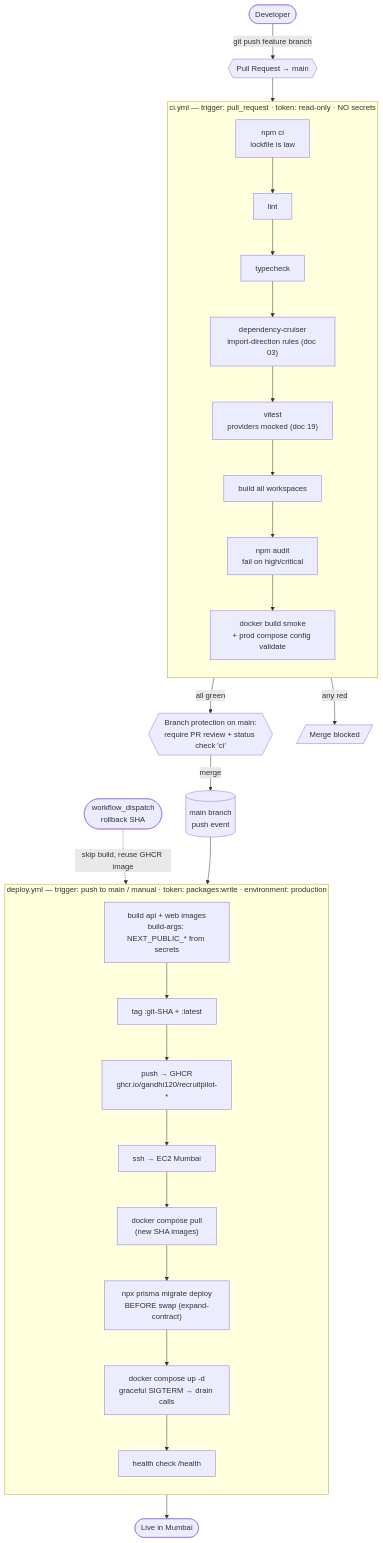
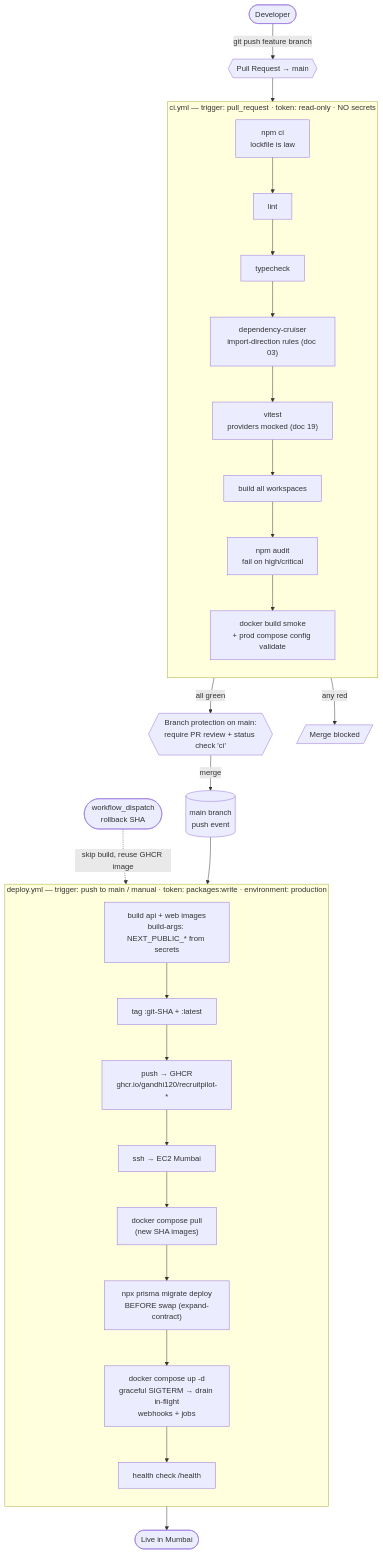
The diagram in docs/14_GITHUB_ACTIONS.md (gandhi120/RecruitPilot_AI), drawn with Mermaid before and after one commit. The commit also changed other lines of this file and 34 other files, not shown here.

````diff
--- a/docs/14_GITHUB_ACTIONS.md
+++ b/docs/14_GITHUB_ACTIONS.md
@@ -122,35 +122,35 @@
 ```mermaid
 flowchart TB
     DEV([Developer]) -->|git push feature branch| PR{{"Pull Request → main"}}
 
     subgraph CI["ci.yml — trigger: pull_request · token: read-only · NO secrets"]
         direction TB
         I1[npm ci<br/>lockfile is law] --> I2[lint]
         I2 --> I3[typecheck]
         I3 --> I4["dependency-cruiser<br/>import-direction rules (doc 03)"]
         I4 --> I5["vitest<br/>providers mocked (doc 19)"]
         I5 --> I6[build all workspaces]
         I6 --> I7["npm audit<br/>fail on high/critical"]
         I7 --> I8["docker build smoke<br/>+ prod compose config validate"]
     end
 
     PR --> CI
     CI -->|all green| GATE{{"Branch protection on main:<br/>require PR review + status check 'ci'"}}
     CI -->|any red| BLOCK[/"Merge blocked"/]
     GATE -->|merge| MAIN[(main branch<br/>push event)]
 
     subgraph CD["deploy.yml — trigger: push to main / manual · token: packages:write · environment: production"]
         direction TB
         B1["build api + web images<br/>build-args: NEXT_PUBLIC_* from secrets"] --> B2["tag :git-SHA + :latest"]
         B2 --> B3["push → GHCR<br/>ghcr.io/gandhi120/recruitpilot-*"]
         B3 --> D1["ssh → EC2 Mumbai"]
         D1 --> D2["docker compose pull<br/>(new SHA images)"]
         D2 --> D3["npx prisma migrate deploy<br/>BEFORE swap (expand-contract)"]
-        D3 --> D4["docker compose up -d<br/>graceful SIGTERM → drain calls"]
+        D3 --> D4["docker compose up -d<br/>graceful SIGTERM → drain in-flight<br/>webhooks + jobs"]
         D4 --> D5["health check /health"]
     end
 
     MAIN --> CD
     MANUAL([workflow_dispatch<br/>rollback SHA]) -.->|skip build, reuse GHCR image| D1
     CD --> PROD([Live in Mumbai])
 ```
````
